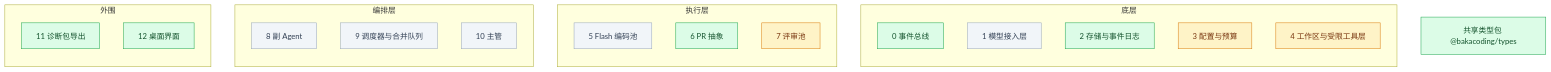
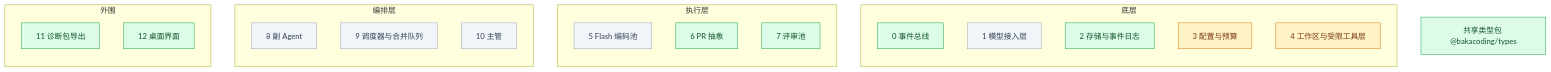
One commit to Akarin7784/BakaCoding changed the diagram in docs/progress.md. Above: the diagram before and after it, drawn with Mermaid. The commit also changed other lines of this file, not shown here.

Commit message:
docs: progress.md 更新 #27（T-030）合入记录与 main 测试数

````diff
--- a/docs/progress.md
+++ b/docs/progress.md
@@ -11,33 +11,33 @@
 ```mermaid
 flowchart BT
   subgraph 底层
     M0[0 事件总线]
     M1[1 模型接入层]
     M2[2 存储与事件日志]
     M3[3 配置与预算]
     M4[4 工作区与受限工具层]
   end
   subgraph 执行层
     M5[5 Flash 编码池]
     M6[6 PR 抽象]
     M7[7 评审池]
   end
   subgraph 编排层
     M8[8 副 Agent]
     M9[9 调度器与合并队列]
     M10[10 主管]
   end
   subgraph 外围
     M11[11 诊断包导出]
     M12[12 桌面界面]
   end
   T[共享类型包 @bakacoding/types]
 
   classDef todo fill:#f1f5f9,stroke:#94a3b8,color:#334155
   classDef doing fill:#fef3c7,stroke:#d97706,color:#78350f
   classDef done fill:#dcfce7,stroke:#16a34a,color:#14532d
 
-  class M0,M2,M6,M11,M12,T done
-  class M3,M4,M7 doing
+  class M0,M2,M6,M7,M11,M12,T done
+  class M3,M4 doing
   class M1,M5,M8,M9,M10 todo
 ```
````
